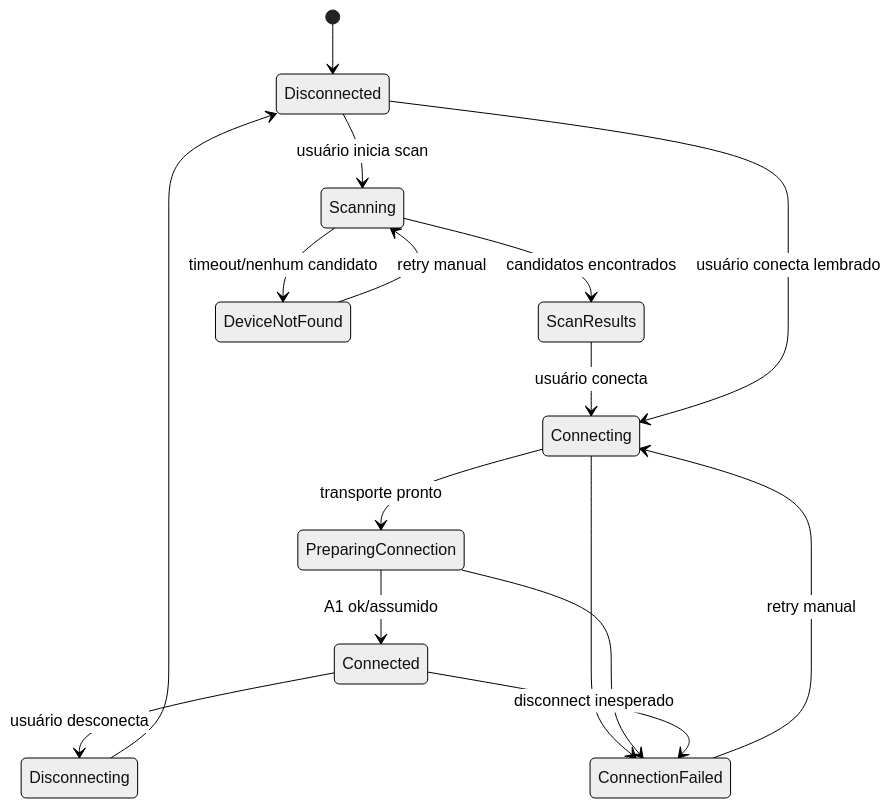
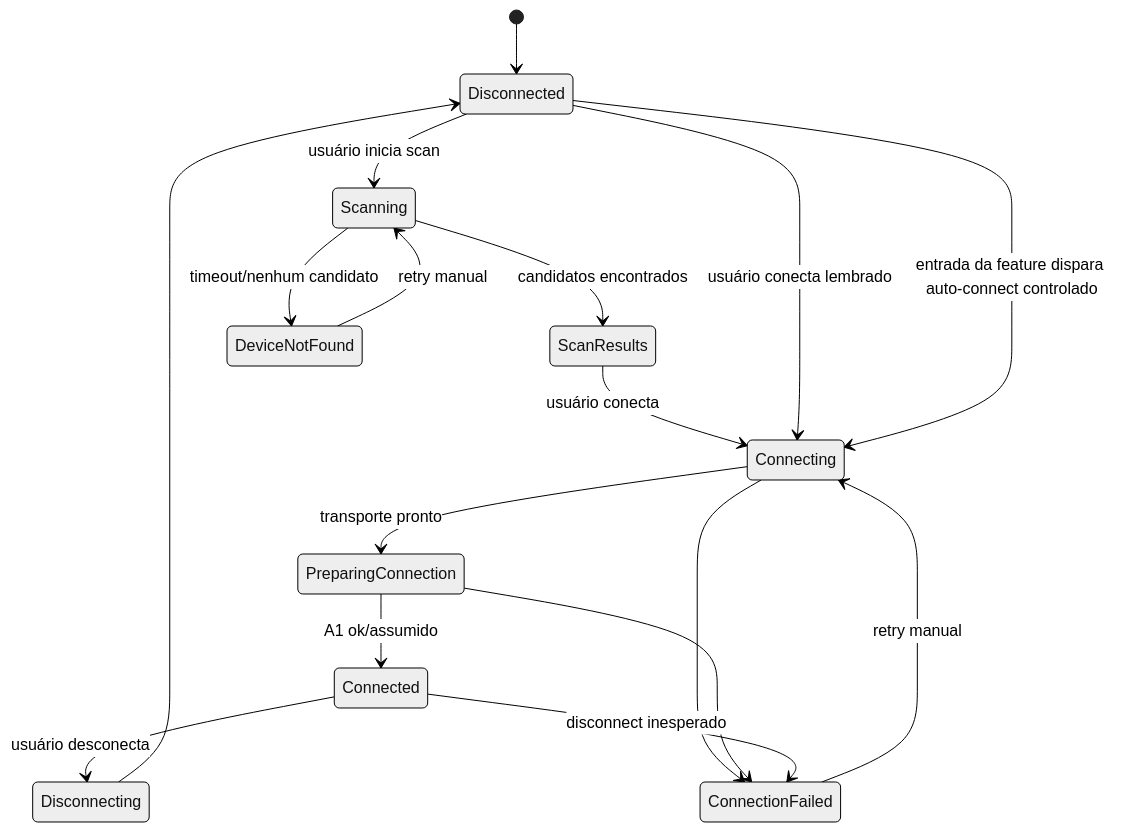
One commit to willian2s/champion-companion changed the second of 5 diagrams in docs/specs/006-device-management.md. Above: the diagram before and after it, drawn with Mermaid (neutral theme). The commit also changed other lines of this file and 5 other files, not shown here.

Commit message:
docs: add ADR and update device management specs for controlled auto-connect

````diff
--- a/docs/specs/006-device-management.md
+++ b/docs/specs/006-device-management.md
@@ -186,18 +191,19 @@
 ```mermaid
 stateDiagram-v2
     [*] --> Disconnected
     Disconnected --> Scanning: usuário inicia scan
     Scanning --> ScanResults: candidatos encontrados
     Scanning --> DeviceNotFound: timeout/nenhum candidato
     ScanResults --> Connecting: usuário conecta
     Disconnected --> Connecting: usuário conecta lembrado
+    Disconnected --> Connecting: entrada da feature dispara auto-connect controlado
     Connecting --> PreparingConnection: transporte pronto
     PreparingConnection --> Connected: A1 ok/assumido
     Connecting --> ConnectionFailed
     PreparingConnection --> ConnectionFailed
     Connected --> Disconnecting: usuário desconecta
     Connected --> ConnectionFailed: disconnect inesperado
     Disconnecting --> Disconnected
     ConnectionFailed --> Connecting: retry manual
     DeviceNotFound --> Scanning: retry manual
 ```
````
